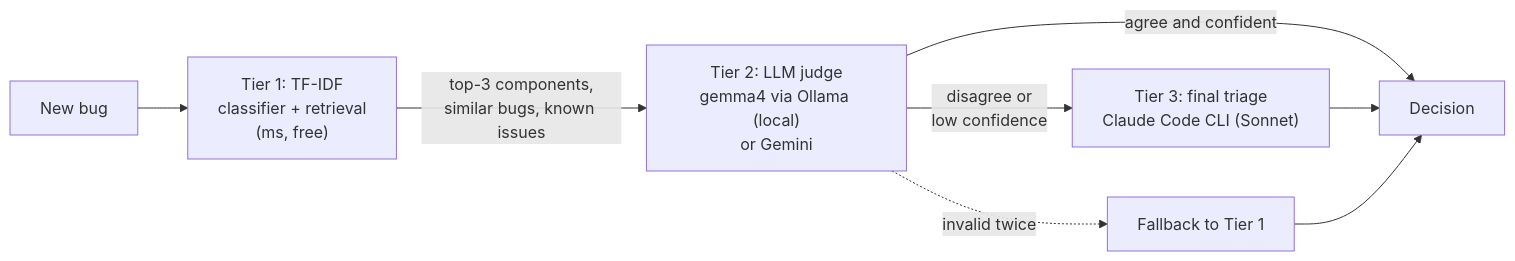
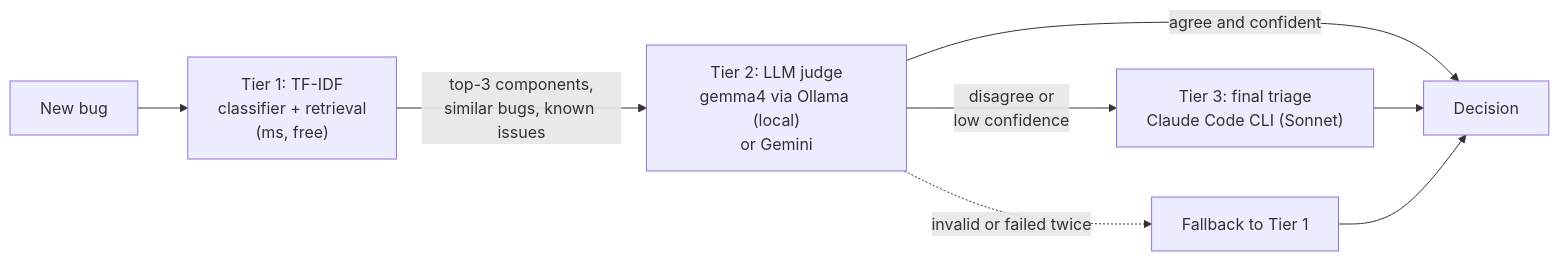
Before and after one commit to izaqyos/personal_code: the diagram in ai_tools/bug_triage/README.md, drawn with Mermaid. The commit also changed other lines of this file and 7 other files, not shown here.

First line of the commit message:
bug_triage: ready-made demo bugs; README on Tier 1 training and fallback

````diff
--- a/ai_tools/bug_triage/README.md
+++ b/ai_tools/bug_triage/README.md
@@ -10,9 +10,9 @@
 ```mermaid
 flowchart LR
     B[New bug] --> T1["Tier 1: TF-IDF<br/>classifier + retrieval<br/>(ms, free)"]
     T1 -->|top-3 components,<br/>similar bugs, known issues| J["Tier 2: LLM judge<br/>gemma4 via Ollama (local)<br/>or Gemini"]
     J -->|agree and confident| D[Decision]
     J -->|disagree or<br/>low confidence| F["Tier 3: final triage<br/>Claude Code CLI (Sonnet)"]
     F --> D
-    J -. invalid twice .-> FB[Fallback to Tier 1] --> D
+    J -. invalid or failed twice .-> FB[Fallback to Tier 1] --> D
 ```
````
